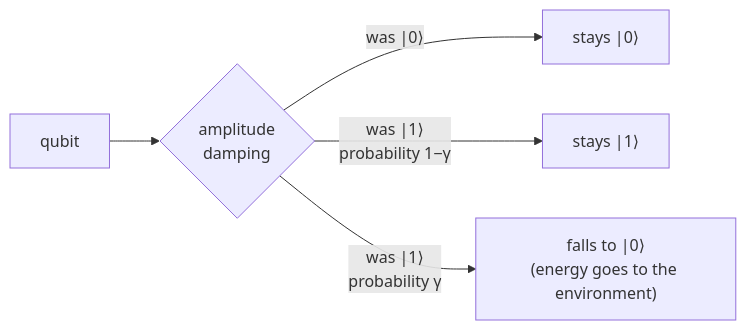
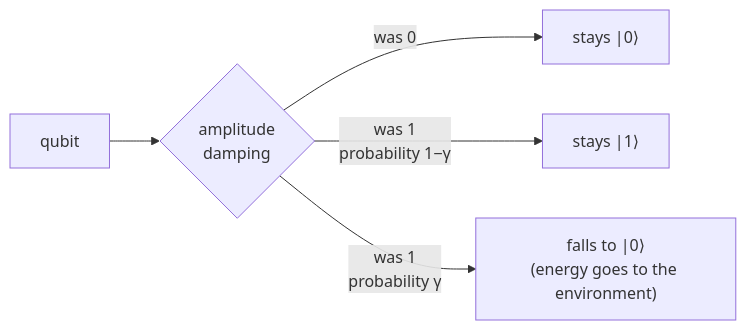
The diagram in Course 3/Week 1/Quantum channels/Amplitude damping channel.md (ArhamAkhtarAlam/mitxpro-my-notes), drawn with Mermaid before and after one commit. The commit also changed 44 other files, not shown here.

Commit message:
Add mermaid diagrams to course and math notes

````diff
--- a/Course 3/Week 1/Quantum channels/Amplitude damping channel.md
+++ b/Course 3/Week 1/Quantum channels/Amplitude damping channel.md
@@ -17,7 +17,7 @@
 ```mermaid
 flowchart LR
     IN["qubit"] --> C{"amplitude<br/>damping"}
-    C -- "was |0⟩" --> A["stays |0⟩"]
-    C -- "was |1⟩<br/>probability 1−γ" --> B["stays |1⟩"]
-    C -- "was |1⟩<br/>probability γ" --> D["falls to |0⟩<br/>(energy goes to the environment)"]
+    C -- "was 0" --> A["stays |0⟩"]
+    C -- "was 1<br/>probability 1−γ" --> B["stays |1⟩"]
+    C -- "was 1<br/>probability γ" --> D["falls to |0⟩<br/>(energy goes to the environment)"]
 ```
````
